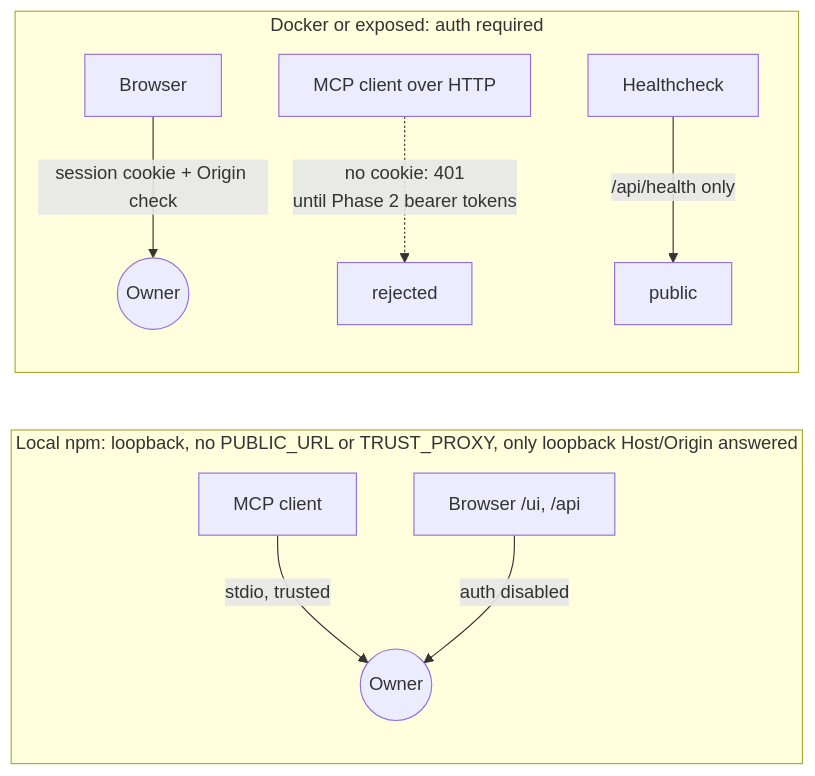
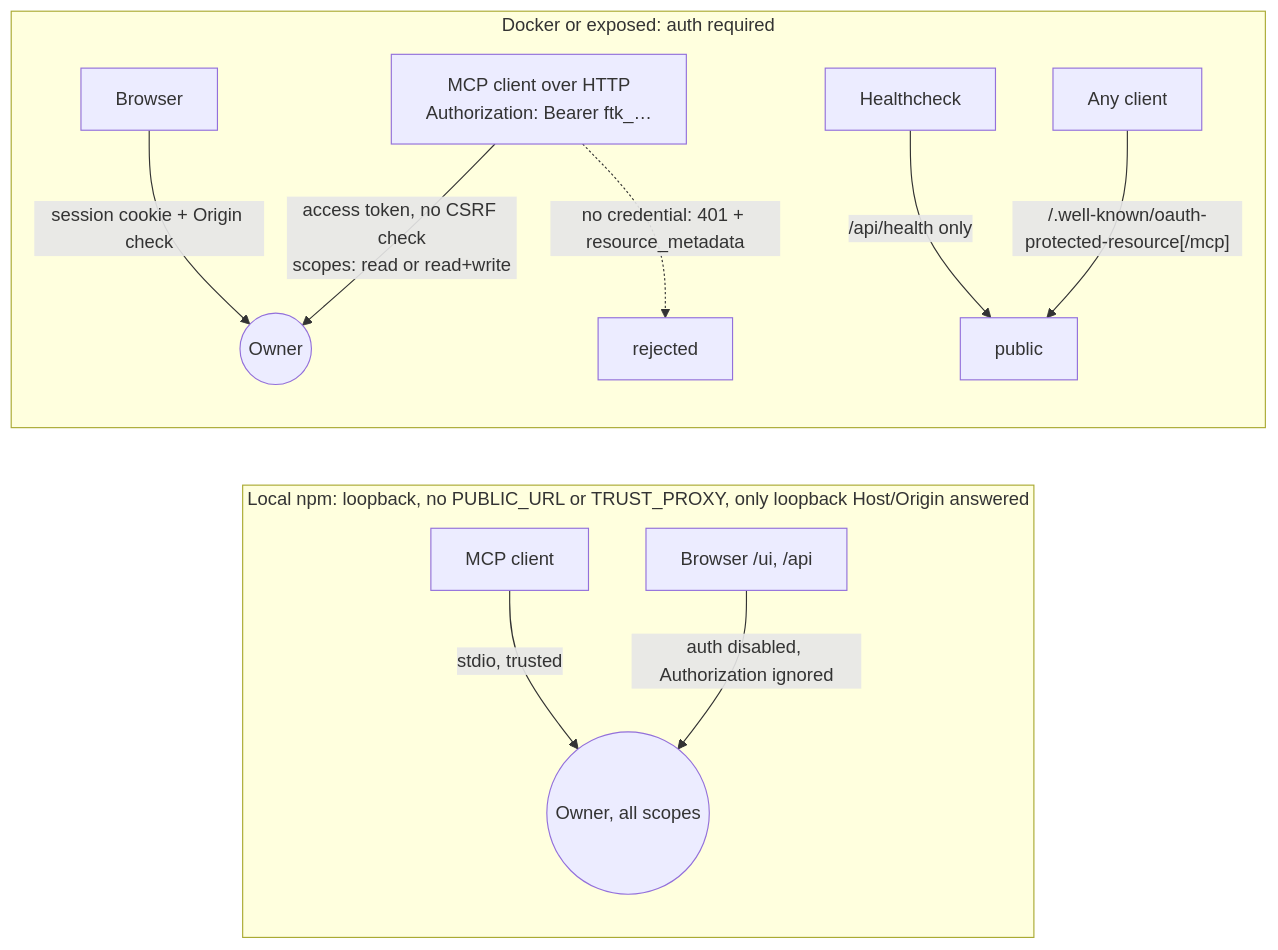
The eighth of 9 diagrams in docs/auth-flows.md (RafaelFCarneiro/patty), drawn with Mermaid before and after one commit. The commit also changed other lines of this file and 106 other files, not shown here.

First line of the commit message:
feat(auth): personal access tokens, scopes and protected resource metadata (ADR-033 phase 2) (#214)

````diff
--- a/docs/auth-flows.md
+++ b/docs/auth-flows.md
@@ -196,12 +272,14 @@
 ```mermaid
 flowchart LR
     subgraph L1["Local npm: loopback, no PUBLIC_URL or TRUST_PROXY, only loopback Host/Origin answered"]
-      S1[MCP client] -- stdio, trusted --> O1((Owner))
-      B1[Browser /ui, /api] -- auth disabled --> O1
+      S1[MCP client] -- stdio, trusted --> O1((Owner, all scopes))
+      B1[Browser /ui, /api] -- auth disabled, Authorization ignored --> O1
     end
     subgraph L2["Docker or exposed: auth required"]
       B2[Browser] -- session cookie + Origin check --> O2((Owner))
-      M2[MCP client over HTTP] -. "no cookie: 401<br/>until Phase 2 bearer tokens" .-> X2[rejected]
+      M2["MCP client over HTTP<br/>Authorization: Bearer ftk_…"] -- "access token, no CSRF check<br/>scopes: read or read+write" --> O2
+      M2 -. "no credential: 401 + resource_metadata" .-> X2[rejected]
       H2[Healthcheck] -- /api/health only --> P2[public]
+      W2[Any client] -- "/.well-known/oauth-protected-resource[/mcp]" --> P2
     end
 ```
````
